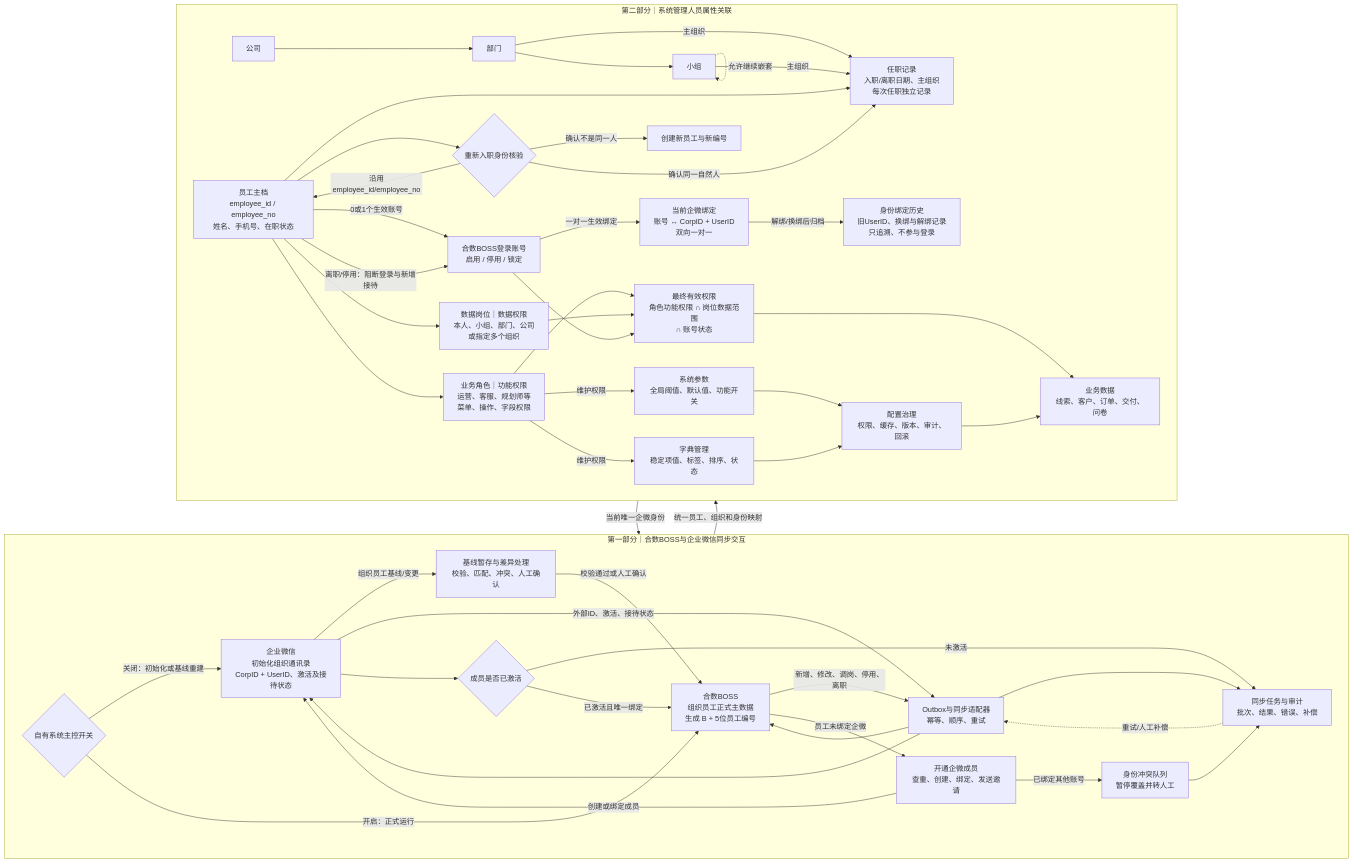
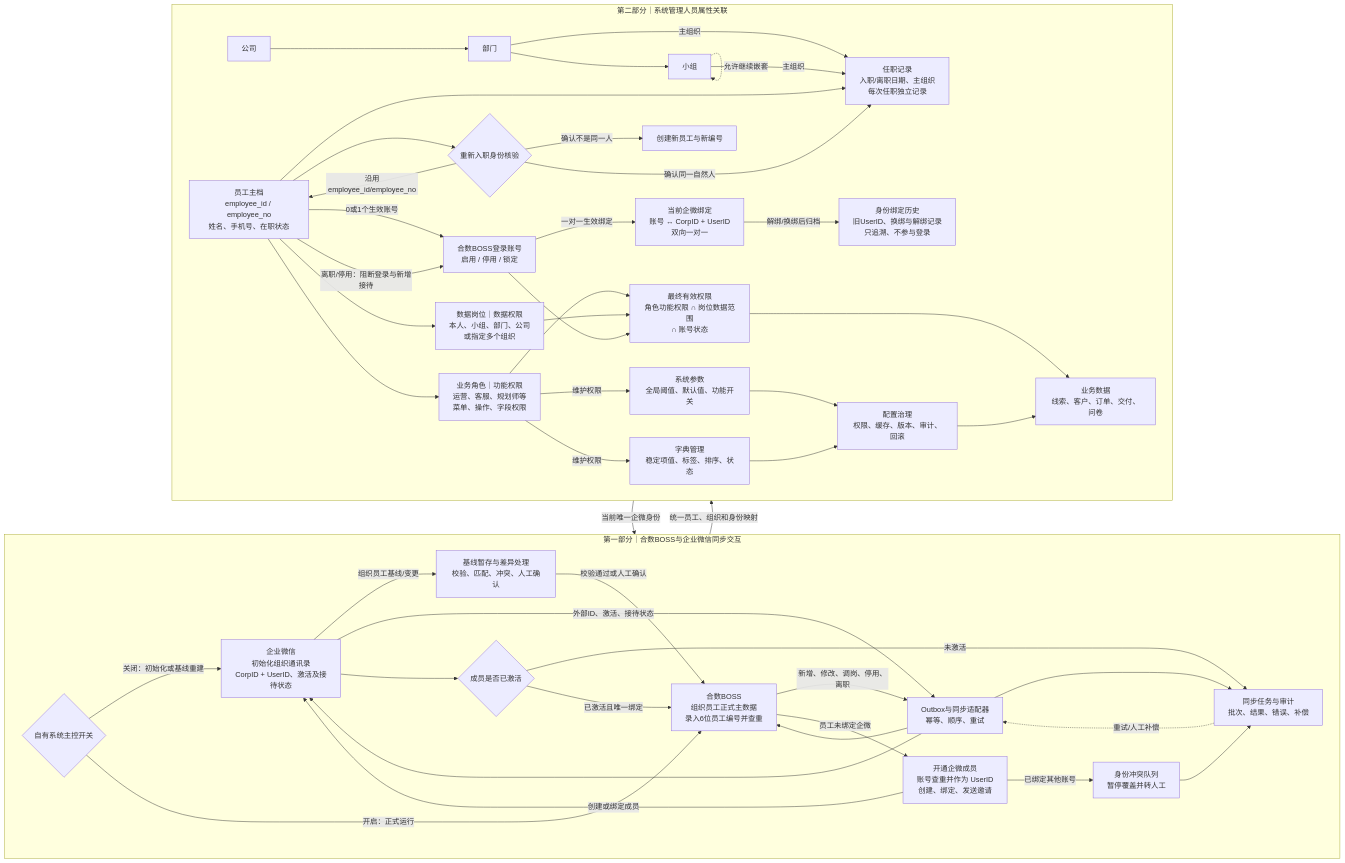
One commit to freya-pr/heshu-boss-demo changed the diagram in docs/product/assets/system-management-wiki/02-system-management-panorama.mmd. Above: the diagram before and after it, drawn with Mermaid. The commit also changed 25 other files, not shown here.

```diff
--- a/docs/product/assets/system-management-wiki/02-system-management-panorama.mmd
+++ b/docs/product/assets/system-management-wiki/02-system-management-panorama.mmd
@@ -1,76 +1,76 @@
 flowchart TB
     subgraph SYNC_AREA["第一部分｜合数BOSS与企业微信同步交互"]
         direction LR
         WECOM["企业微信<br/>初始化组织通讯录<br/>CorpID + UserID、激活及接待状态"]
         SWITCH{"自有系统主控开关"}
         STAGE["基线暂存与差异处理<br/>校验、匹配、冲突、人工确认"]
-        BOSS["合数BOSS<br/>组织员工正式主数据<br/>生成 B + 5位员工编号"]
+        BOSS["合数BOSS<br/>组织员工正式主数据<br/>录入6位员工编号并查重"]
         OUTBOX["Outbox与同步适配器<br/>幂等、顺序、重试"]
-        PROVISION["开通企微成员<br/>查重、创建、绑定、发送邀请"]
+        PROVISION["开通企微成员<br/>账号查重并作为 UserID<br/>创建、绑定、发送邀请"]
         ACTIVE{"成员是否已激活"}
         CONFLICT["身份冲突队列<br/>暂停覆盖并转人工"]
         AUDIT["同步任务与审计<br/>批次、结果、错误、补偿"]
 
         SWITCH -->|"关闭：初始化或基线重建"| WECOM
         WECOM -->|"组织员工基线/变更"| STAGE
         STAGE -->|"校验通过或人工确认"| BOSS
         SWITCH -->|"开启：正式运行"| BOSS
         BOSS -->|"新增、修改、调岗、停用、离职"| OUTBOX
         OUTBOX --> WECOM
         WECOM -->|"外部ID、激活、接待状态"| OUTBOX
         OUTBOX --> BOSS
         BOSS -->|"员工未绑定企微"| PROVISION
         PROVISION -->|"已绑定其他账号"| CONFLICT
         PROVISION -->|"创建或绑定成员"| WECOM
         WECOM --> ACTIVE
         ACTIVE -->|"未激活"| AUDIT
         ACTIVE -->|"已激活且唯一绑定"| BOSS
         OUTBOX --> AUDIT
         CONFLICT --> AUDIT
         AUDIT -. "重试/人工补偿" .-> OUTBOX
     end
 
     subgraph PERSON_AREA["第二部分｜系统管理人员属性关联"]
         direction LR
         COMPANY["公司"] --> DEPT["部门"] --> GROUP["小组"]
         GROUP -. "允许继续嵌套" .-> GROUP
         EMP["员工主档<br/>employee_id / employee_no<br/>姓名、手机号、在职状态"]
         EMPLOYMENT["任职记录<br/>入职/离职日期、主组织<br/>每次任职独立记录"]
         ACCOUNT["合数BOSS登录账号<br/>启用 / 停用 / 锁定"]
         IDENTITY["当前企微绑定<br/>账号 ↔ CorpID + UserID<br/>双向一对一"]
         IDENTITY_HISTORY["身份绑定历史<br/>旧UserID、换绑与解绑记录<br/>只追溯、不参与登录"]
         ROLE["业务角色｜功能权限<br/>运营、客服、规划师等<br/>菜单、操作、字段权限"]
         POSITION["数据岗位｜数据权限<br/>本人、小组、部门、公司<br/>或指定多个组织"]
         EFFECTIVE["最终有效权限<br/>角色功能权限 ∩ 岗位数据范围<br/>∩ 账号状态"]
         BUSINESS["业务数据<br/>线索、客户、订单、交付、问卷"]
         REHIRE{"重新入职身份核验"}
         PARAM["系统参数<br/>全局阈值、默认值、功能开关"]
         DICT["字典管理<br/>稳定项值、标签、排序、状态"]
         CFG["配置治理<br/>权限、缓存、版本、审计、回滚"]
 
         DEPT -->|"主组织"| EMPLOYMENT
         GROUP -->|"主组织"| EMPLOYMENT
         EMP --> EMPLOYMENT
         EMP -->|"0或1个生效账号"| ACCOUNT
         ACCOUNT -->|"一对一生效绑定"| IDENTITY
         IDENTITY -->|"解绑/换绑后归档"| IDENTITY_HISTORY
         EMP --> ROLE
         EMP --> POSITION
         ROLE --> EFFECTIVE
         POSITION --> EFFECTIVE
         ACCOUNT --> EFFECTIVE
         EFFECTIVE --> BUSINESS
         EMP -->|"离职/停用：阻断登录与新增接待"| ACCOUNT
         EMP --> REHIRE
         REHIRE -->|"确认同一自然人"| EMPLOYMENT
         REHIRE -->|"沿用employee_id/employee_no"| EMP
         REHIRE -->|"确认不是同一人"| NEWEMP["创建新员工与新编号"]
         ROLE -->|"维护权限"| PARAM
         ROLE -->|"维护权限"| DICT
         PARAM --> CFG
         DICT --> CFG
         CFG --> BUSINESS
     end
 
     BOSS -->|"统一员工、组织和身份映射"| EMP
     IDENTITY -->|"当前唯一企微身份"| WECOM
```
